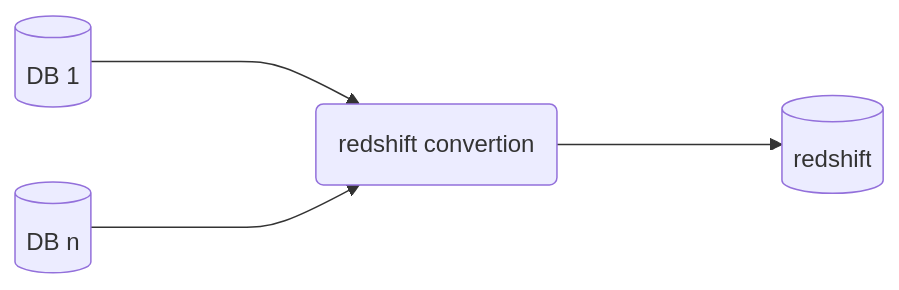
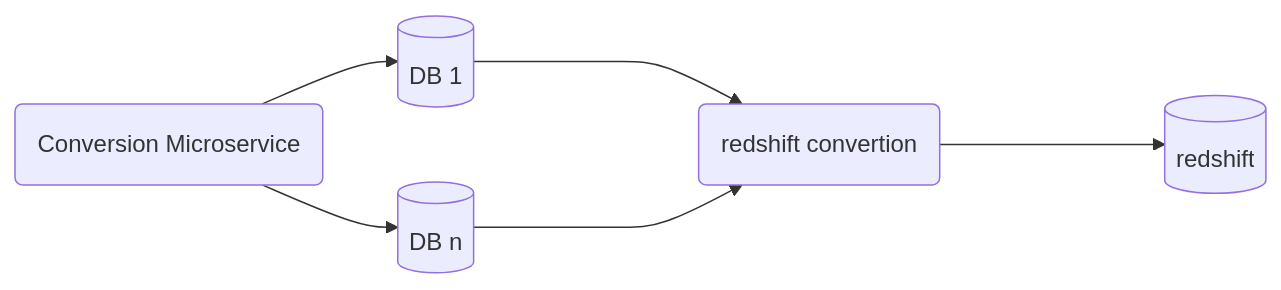
The diagram in readme.MD (nedernasser/sso), drawn with Mermaid before and after one commit. The commit also changed other lines of this file, not shown here.

````diff
--- a/readme.MD
+++ b/readme.MD
@@ -133,6 +134,6 @@
 ```mermaid
 graph LR
-  db1[(DB 1)] & dbn[(DB n)]
+  ms1(Conversion Microservice) --> db1[(DB 1)] & dbn[(DB n)]
   db1 & dbn ----> microservice(redshift convertion)
   microservice ----> redshift[(redshift)]
 ```
````
